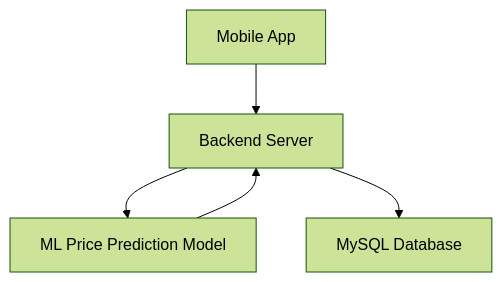
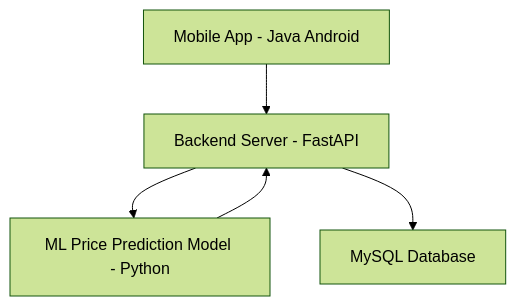
One commit to MorshedNabil/smart-krishi-app changed the diagram in README.md. Above: the diagram before and after it, drawn with Mermaid (forest theme).

Commit message:
Clarify system architecture with technology details
Updated system architecture diagram to specify technologies used.

````diff
--- a/README.md
+++ b/README.md
@@ -45,7 +45,7 @@
 ```mermaid
 flowchart TD
-    A[Mobile App] --> B[Backend Server]
-    B --> C[ML Price Prediction Model]
+    A[Mobile App - Java Android] --> B[Backend Server - FastAPI]
+    B --> C[ML Price Prediction Model - Python]
     C --> B
     B --> D[MySQL Database]
 ```
````
